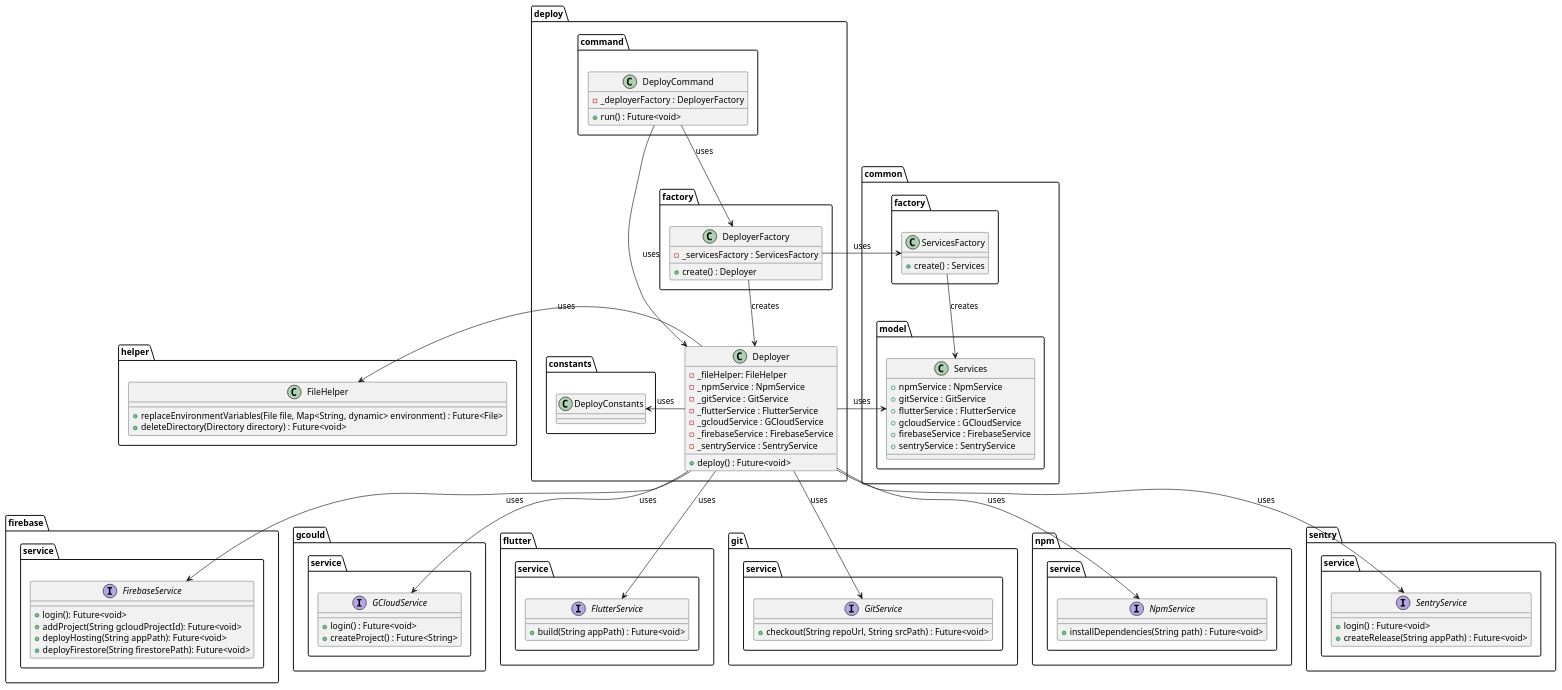
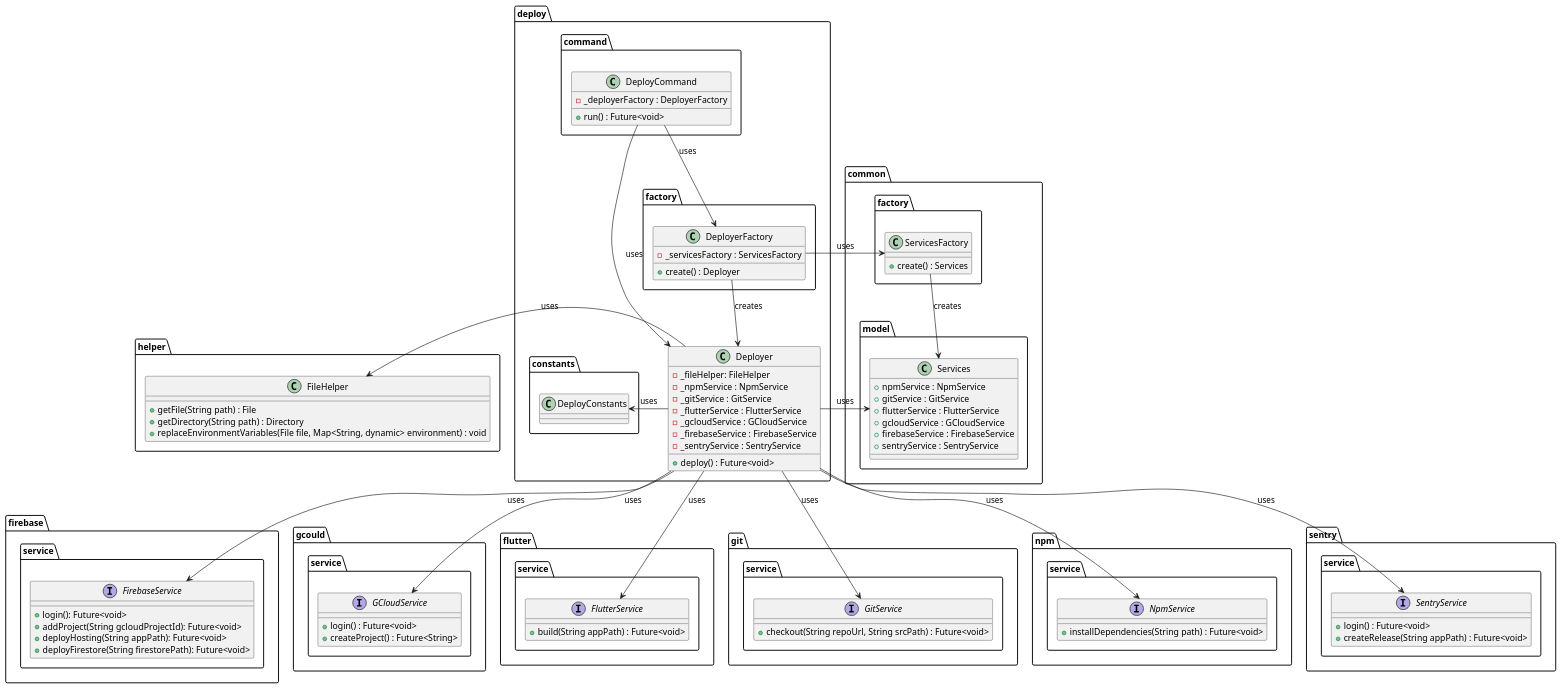
Before and after one commit to Flank/flank-dashboard: the diagram in metrics/cli/docs/diagrams/deploy_command_class_diagram.puml, drawn with PlantUML. The commit also changed 4 other files, not shown here.

```diff
--- a/metrics/cli/docs/diagrams/deploy_command_class_diagram.puml
+++ b/metrics/cli/docs/diagrams/deploy_command_class_diagram.puml
@@ -1,120 +1,121 @@
 @startuml deploy_command_class_diagram
 
 package firebase.service {
     interface FirebaseService {
         + login(): Future<void>
         + addProject(String gcloudProjectId): Future<void>
         + deployHosting(String appPath): Future<void>
         + deployFirestore(String firestorePath): Future<void>
     }
 }
 
 package gcould.service {
     interface GCloudService {
         + login() : Future<void>
         + createProject() : Future<String>
     }
 }
 
 package flutter.service {
     interface FlutterService  {
         + build(String appPath) : Future<void>
     }
 }
 
 package  git.service{
     interface GitService  {
         + checkout(String repoUrl, String srcPath) : Future<void>
     }
 }
 
 package  npm.service {
     interface NpmService  {
         + installDependencies(String path) : Future<void>
     }
 }
 
 package sentry.service{
     interface SentryService  {
         + login() : Future<void>
         + createRelease(String appPath) : Future<void>
     }
 }
 
 package common {
     package model {
         class Services {
             + npmService : NpmService
             + gitService : GitService
             + flutterService : FlutterService
             + gcloudService : GCloudService
             + firebaseService : FirebaseService
             + sentryService : SentryService
         }
     }
 
     package factory as common.factory{
         class ServicesFactory {
             + create() : Services
         }
     }
 }
 
 
 package deploy {
     package command {
         class DeployCommand {
             - _deployerFactory : DeployerFactory
             + run() : Future<void>
         }
     }
 
     package constants {
         class DeployConstants{}
     }
 
     package factory {
         class DeployerFactory {
             - _servicesFactory : ServicesFactory
             + create() : Deployer
         }
     }
 
     class Deployer {
         - _fileHelper: FileHelper
         - _npmService : NpmService
         - _gitService : GitService
         - _flutterService : FlutterService
         - _gcloudService : GCloudService
         - _firebaseService : FirebaseService
         - _sentryService : SentryService
         + deploy() : Future<void>
     }
 }
 
 package helper {
     class FileHelper {
-        + replaceEnvironmentVariables(File file, Map<String, dynamic> environment) : Future<File>
-        + deleteDirectory(Directory directory) : Future<void>
+        + getFile(String path) : File
+        + getDirectory(String path) : Directory
+        + replaceEnvironmentVariables(File file, Map<String, dynamic> environment) : void
     }
 }
 
 Deployer -down-> NpmService : uses
 Deployer -down-> GitService : uses
 Deployer -down-> FlutterService : uses
 Deployer -down-> GCloudService : uses
 Deployer -down-> FirebaseService : uses
 Deployer -down-> SentryService : uses
 Deployer -left-> FileHelper : uses
 Deployer -> DeployConstants : uses
 Deployer -> Services : uses
 
 DeployCommand -down-> Deployer : uses
 DeployCommand -down-> DeployerFactory : uses
 DeployerFactory -left-> ServicesFactory : uses
 
 ServicesFactory --> Services : creates
 
 DeployerFactory --> Deployer : creates
 
 @enduml
```
